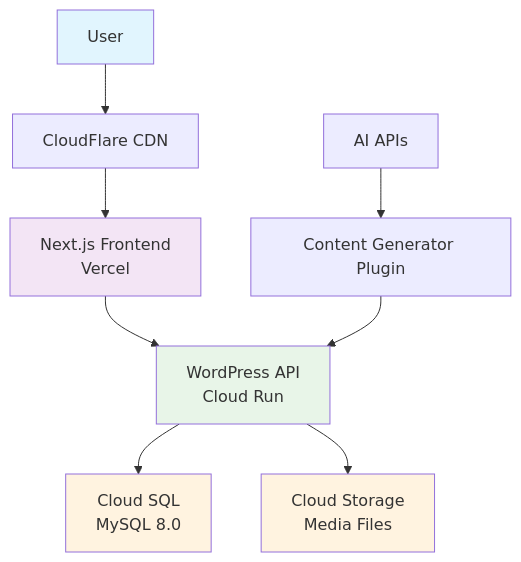
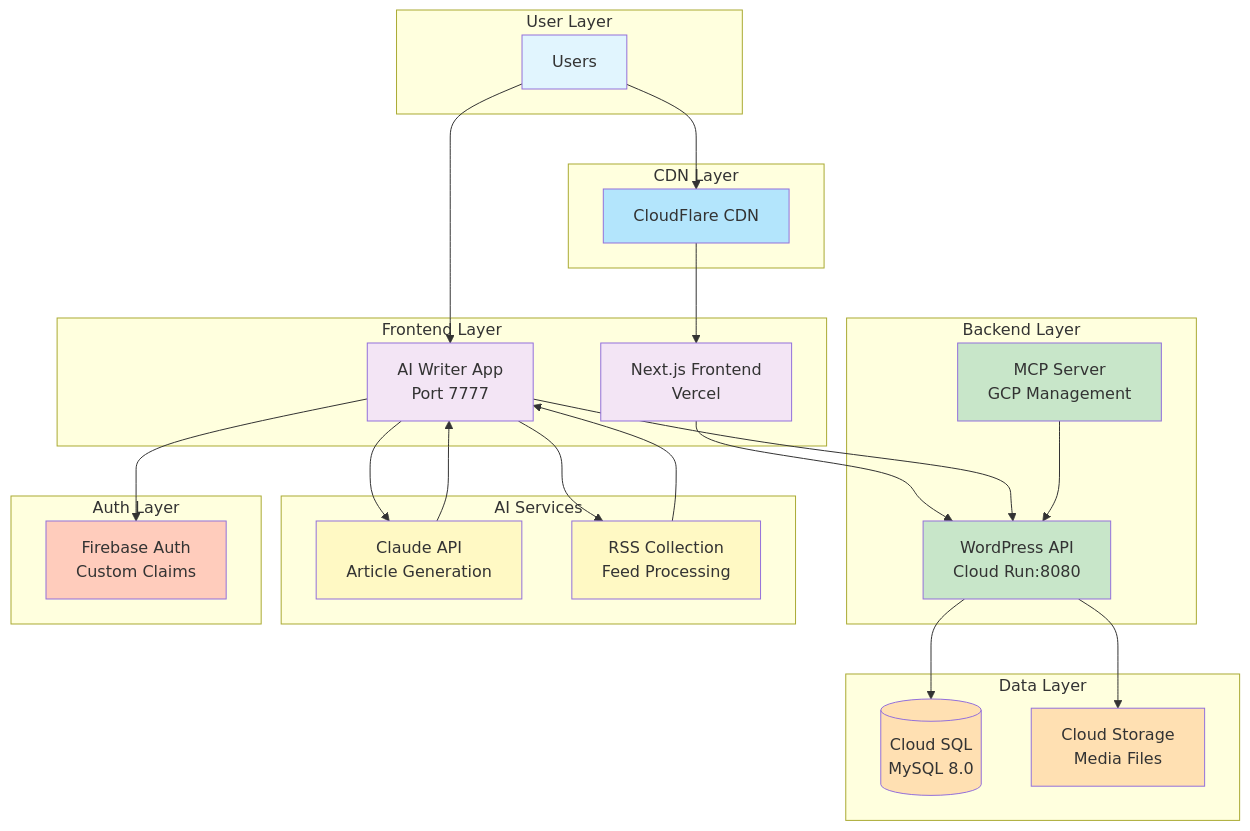
The third of 4 diagrams in README.md (thanks2music/revolution), drawn with Mermaid before and after one commit. The commit also changed other lines of this file, not shown here.

````diff
--- a/README.md
+++ b/README.md
@@ -30,17 +613,60 @@
 ```mermaid
 graph TB
-    A[User] --> B[CloudFlare CDN]
-    B --> C[Next.js Frontend<br/>Vercel]
-    C --> D[WordPress API<br/>Cloud Run]
-    D --> E[Cloud SQL<br/>MySQL 8.0]
-    D --> F[Cloud Storage<br/>Media Files]
+    subgraph "User Layer"
+        U[Users]
+    end
 
-    G[AI APIs] --> H[Content Generator Plugin]
-    H --> D
+    subgraph "CDN Layer"
+        CDN[CloudFlare CDN]
+    end
 
-    style A fill:#e1f5fe
-    style C fill:#f3e5f5
-    style D fill:#e8f5e8
-    style E fill:#fff3e0
-    style F fill:#fff3e0
+    subgraph "Frontend Layer"
+        FE1[Next.js Frontend<br/>Vercel]
+        FE2[AI Writer App<br/>Port 7777]
+    end
+
+    subgraph "Backend Layer"
+        WP[WordPress API<br/>Cloud Run:8080]
+        MCP[MCP Server<br/>GCP Management]
+    end
+
+    subgraph "AI Services"
+        CLAUDE[Claude API<br/>Article Generation]
+        RSS[RSS Collection<br/>Feed Processing]
+    end
+
+    subgraph "Data Layer"
+        DB[(Cloud SQL<br/>MySQL 8.0)]
+        GCS[Cloud Storage<br/>Media Files]
+    end
+
+    subgraph "Auth Layer"
+        FB[Firebase Auth<br/>Custom Claims]
+    end
+
+    U --> CDN
+    CDN --> FE1
+    U --> FE2
+    FE1 --> WP
+    FE2 --> WP
+    FE2 --> CLAUDE
+    FE2 --> RSS
+    FE2 --> FB
+    WP --> DB
+    WP --> GCS
+    MCP --> WP
+    CLAUDE --> FE2
+    RSS --> FE2
+
+    style U fill:#e1f5fe
+    style CDN fill:#b3e5fc
+    style FE1 fill:#f3e5f5
+    style FE2 fill:#f3e5f5
+    style WP fill:#c8e6c9
+    style MCP fill:#c8e6c9
+    style CLAUDE fill:#fff9c4
+    style RSS fill:#fff9c4
+    style DB fill:#ffe0b2
+    style GCS fill:#ffe0b2
+    style FB fill:#ffccbc
 ```
````
